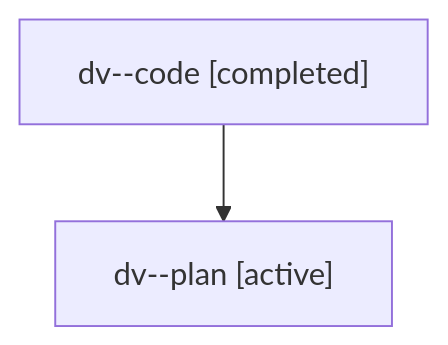
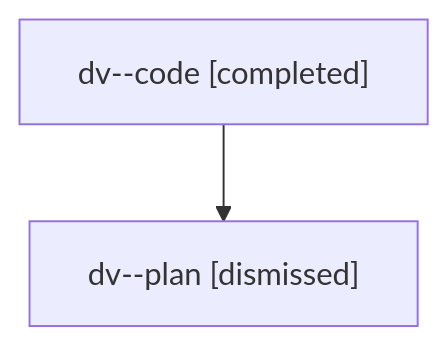
One commit to sase-org/sase--agents changed the diagram in sessions/bbugyi200.athena.dv.md. Above: the diagram before and after it, drawn with Mermaid. The commit also changed other lines of this file and 33 other files, not shown here.

````diff
--- a/sessions/bbugyi200.athena.dv.md
+++ b/sessions/bbugyi200.athena.dv.md
@@ -9,6 +9,6 @@
 ```mermaid
 flowchart TD
   n0["dv--code [completed]"]
-  n1["dv--plan [active]"]
+  n1["dv--plan [dismissed]"]
   n0 --> n1
 ```
````
